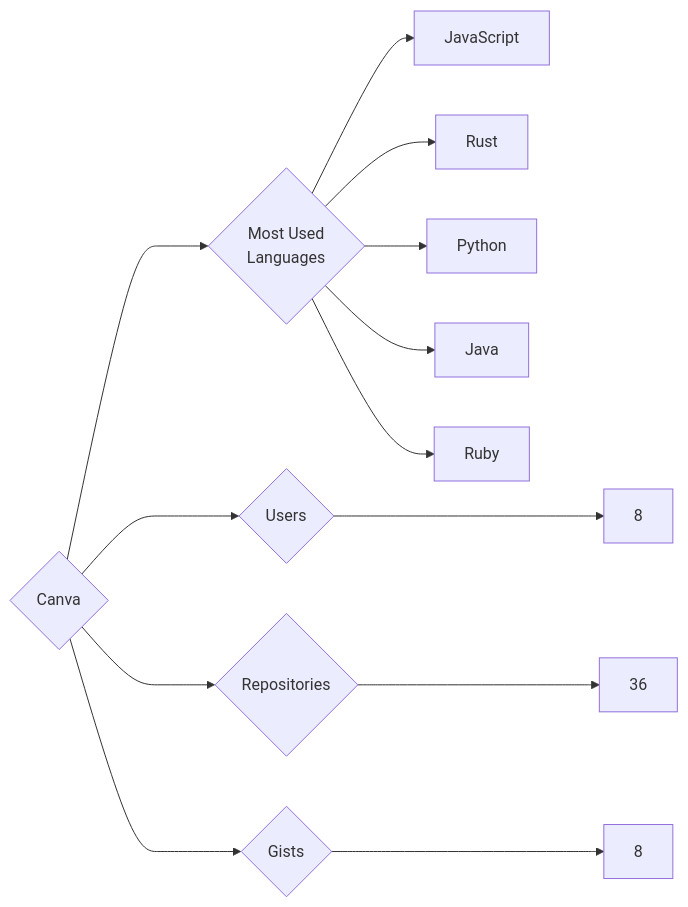
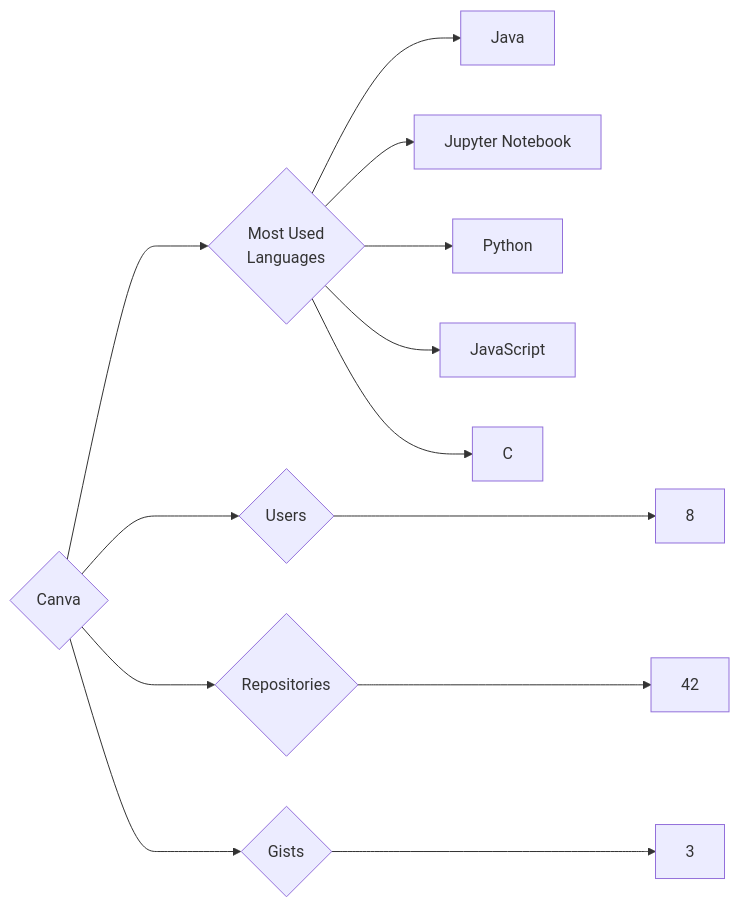
The diagram in targets/Canva/README.md (trickest/insiders), drawn with Mermaid before and after one commit. The commit also changed 1055 other files, not shown here.

````diff
--- a/targets/Canva/README.md
+++ b/targets/Canva/README.md
@@ -3,13 +3,13 @@
 ```mermaid
 graph LR
 COMPANY_NAME{Canva}
 COMPANY_NAME ---> U{Users} ---> UN[8]
-COMPANY_NAME ---> R{Repositories} ---> RN[36]
-COMPANY_NAME ---> G{Gists} ---> GN[8]
+COMPANY_NAME ---> R{Repositories} ---> RN[42]
+COMPANY_NAME ---> G{Gists} ---> GN[3]
 COMPANY_NAME ---> ML{Most Used<br>Languages}
+ML --> Java[Java]
+ML --> Jupyter_Notebook[Jupyter Notebook]
+ML --> Python[Python]
 ML --> JavaScript[JavaScript]
-ML --> Rust[Rust]
-ML --> Python[Python]
-ML --> Java[Java]
-ML --> Ruby[Ruby]
+ML --> C[C]
 ```
````
